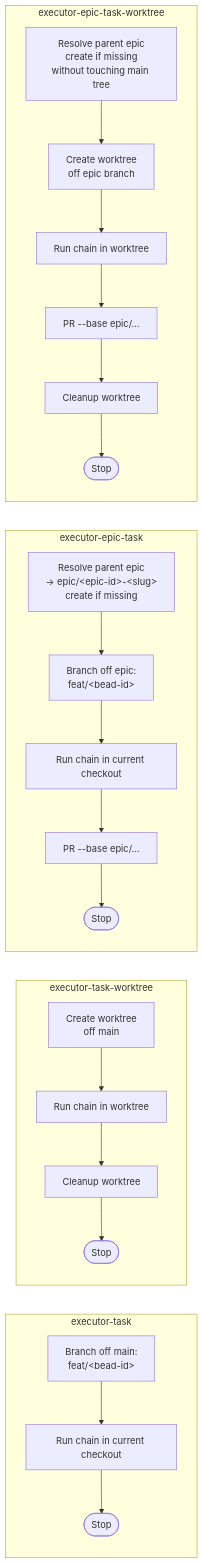
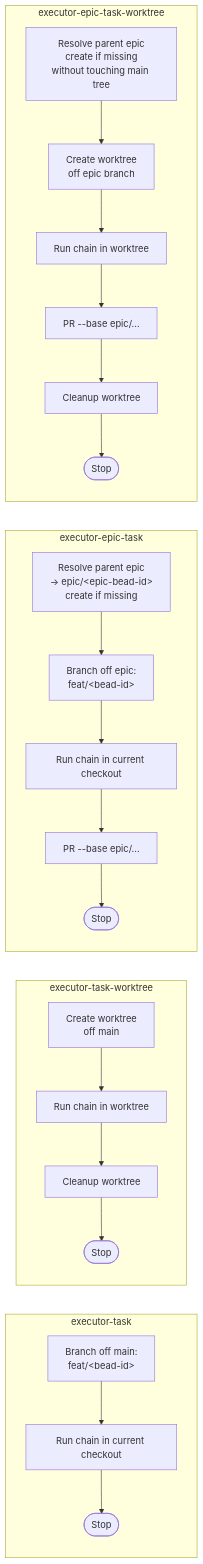
Before and after one commit to jsiovn/workflow-template: the fourth of 5 diagrams in docs/SKILLS_RELATIONSHIPS.md, drawn with Mermaid. The commit also changed other lines of this file and 7 other files, not shown here.

````diff
--- a/docs/SKILLS_RELATIONSHIPS.md
+++ b/docs/SKILLS_RELATIONSHIPS.md
@@ -165,15 +165,15 @@
 ```mermaid
 flowchart LR
     subgraph ET[executor-task]
         ETA[Branch off main:<br/>feat/&lt;bead-id&gt;] --> ETB[Run chain in current checkout] --> ETC([Stop])
     end
     subgraph ETW[executor-task-worktree]
         ETWA[Create worktree<br/>off main] --> ETWB[Run chain in worktree] --> ETWC[Cleanup worktree] --> ETWD([Stop])
     end
     subgraph EET[executor-epic-task]
-        EETA[Resolve parent epic<br/>→ epic/&lt;epic-id&gt;-&lt;slug&gt;<br/>create if missing] --> EETB[Branch off epic:<br/>feat/&lt;bead-id&gt;] --> EETC[Run chain in current checkout] --> EETD[PR --base epic/...] --> EETE([Stop])
+        EETA[Resolve parent epic<br/>→ epic/&lt;epic-bead-id&gt;<br/>create if missing] --> EETB[Branch off epic:<br/>feat/&lt;bead-id&gt;] --> EETC[Run chain in current checkout] --> EETD[PR --base epic/...] --> EETE([Stop])
     end
     subgraph EETW[executor-epic-task-worktree]
         EETWA[Resolve parent epic<br/>create if missing<br/>without touching main tree] --> EETWB[Create worktree<br/>off epic branch] --> EETWC[Run chain in worktree] --> EETWD[PR --base epic/...] --> EETWE[Cleanup worktree] --> EETWF([Stop])
     end
 ```
````
